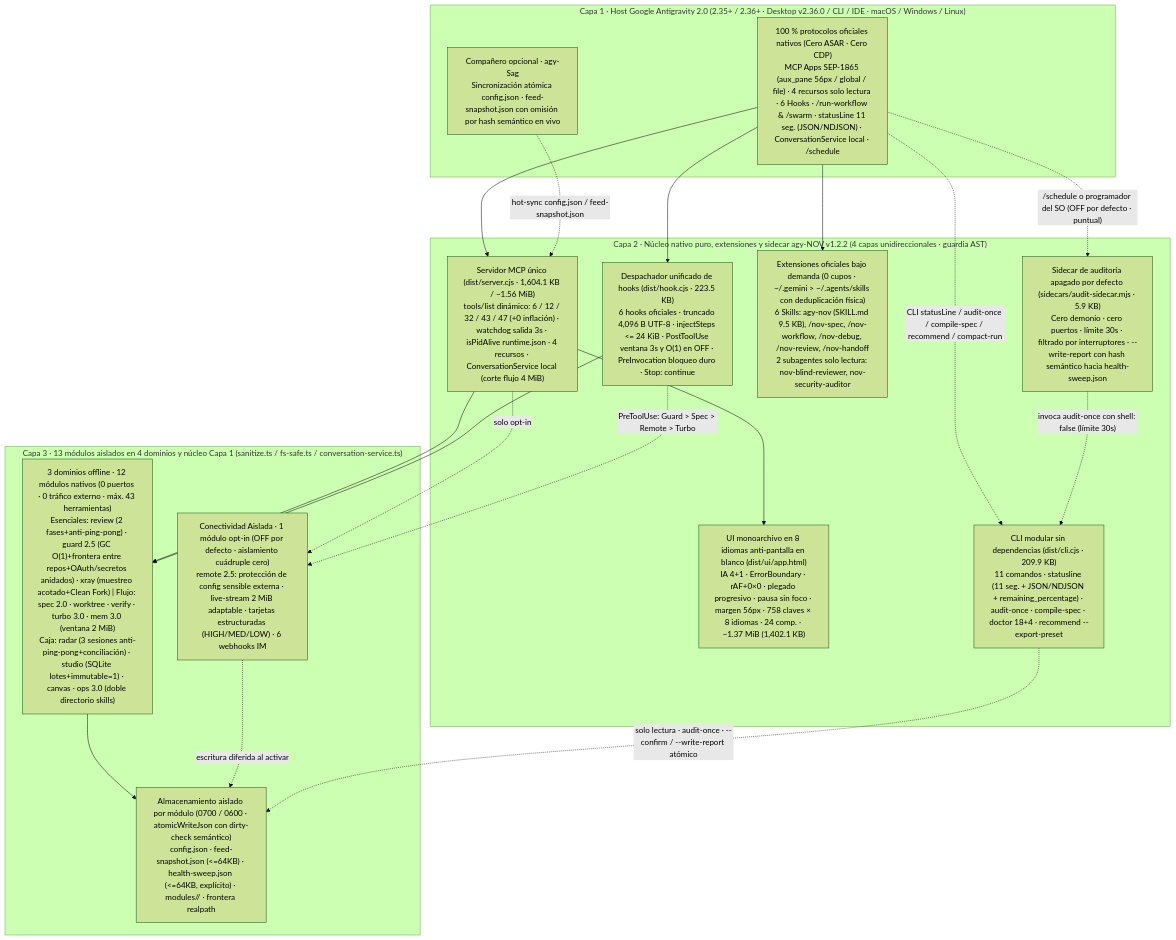
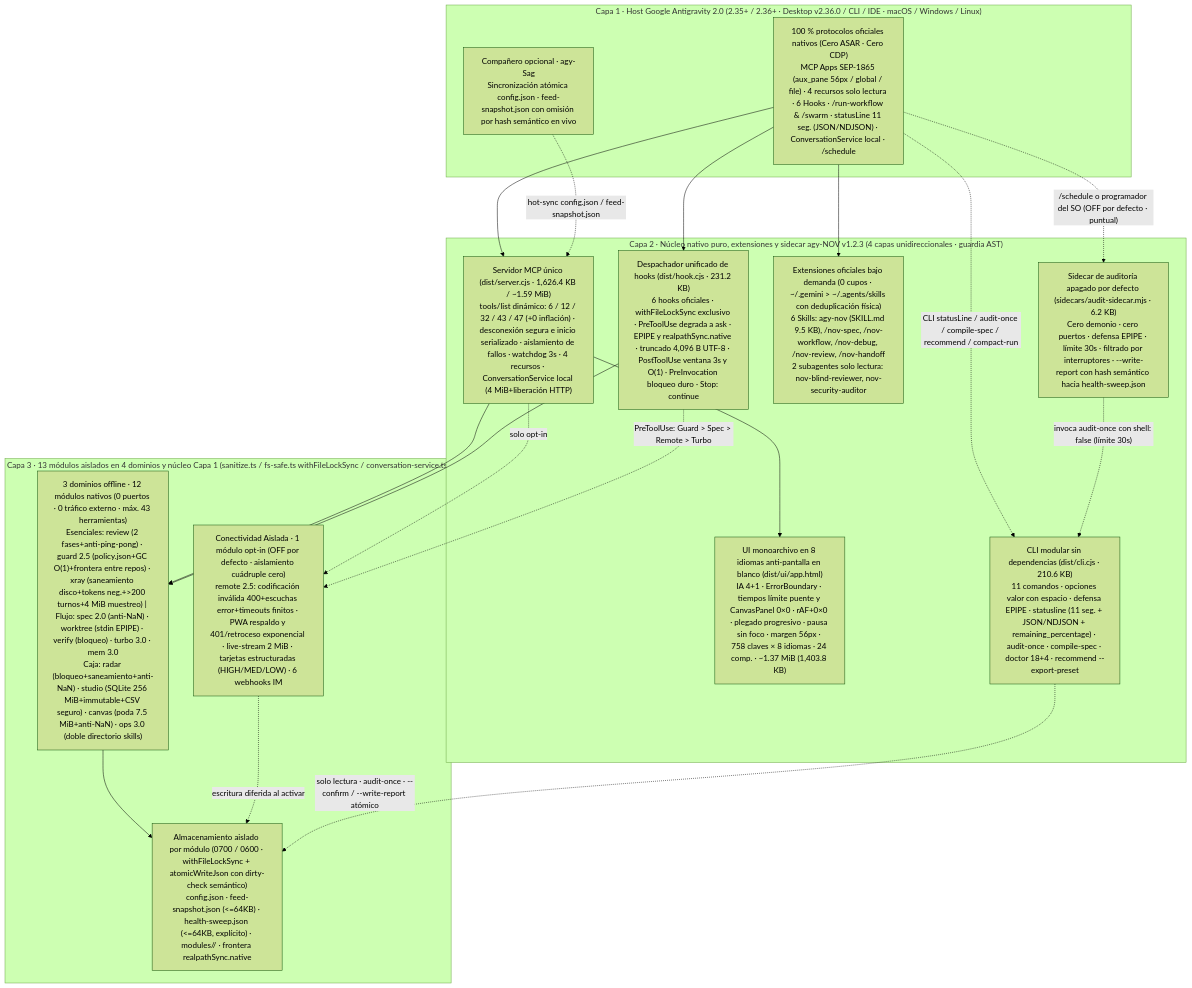
Before and after one commit to tone-leh/agy-NOV: the diagram in docs/i18n/README.es.md, drawn with Mermaid (forest theme). The commit also changed other lines of this file and 56 other files, not shown here.

Commit message:
feat(v1.2.3): cross-process file locks, guard/canvas/remote P0 hardening & xray/studio fixes

````diff
--- a/docs/i18n/README.es.md
+++ b/docs/i18n/README.es.md
@@ -282,38 +292,38 @@
 ```mermaid
 flowchart TB
   subgraph L1["Capa 1 · Host Google Antigravity 2.0 (2.35+ / 2.36+ · Desktop v2.36.0 / CLI / IDE · macOS / Windows / Linux)"]
     Host["100 % protocolos oficiales nativos (Cero ASAR · Cero CDP)\nMCP Apps SEP-1865 (aux_pane 56px / global / file) · 4 recursos solo lectura · 6 Hooks · /run-workflow & /swarm · statusLine 11 seg. (JSON/NDJSON) · ConversationService local · /schedule"]
     Sag["Compañero opcional · agy-Sag\nSincronización atómica config.json · feed-snapshot.json con omisión por hash semántico en vivo"]
   end
 
-  subgraph L2["Capa 2 · Núcleo nativo puro, extensiones y sidecar agy-NOV v1.2.2 (4 capas unidireccionales · guardia AST)"]
-    MCP["Servidor MCP único (dist/server.cjs · 1,604.1 KB / ~1.56 MiB)\ntools/list dinámico: 6 / 12 / 32 / 43 / 47 (+0 inflación) · watchdog salida 3s · isPidAlive runtime.json · 4 recursos · ConversationService local (corte flujo 4 MiB)"]
-    Hook["Despachador unificado de hooks (dist/hook.cjs · 223.5 KB)\n6 hooks oficiales · truncado 4,096 B UTF-8 · injectSteps <= 24 KiB · PostToolUse ventana 3s y O(1) en OFF · PreInvocation bloqueo duro · Stop: continue"]
-    UI["UI monoarchivo en 8 idiomas anti-pantalla en blanco (dist/ui/app.html)\nIA 4+1 · ErrorBoundary · rAF+0×0 · plegado progresivo · pausa sin foco · margen 56px · 758 claves × 8 idiomas · 24 comp. · ~1.37 MiB (1,402.1 KB)"]
+  subgraph L2["Capa 2 · Núcleo nativo puro, extensiones y sidecar agy-NOV v1.2.3 (4 capas unidireccionales · guardia AST)"]
+    MCP["Servidor MCP único (dist/server.cjs · 1,626.4 KB / ~1.59 MiB)\ntools/list dinámico: 6 / 12 / 32 / 43 / 47 (+0 inflación) · desconexión segura e inicio serializado · aislamiento de fallos · watchdog 3s · 4 recursos · ConversationService local (4 MiB+liberación HTTP)"]
+    Hook["Despachador unificado de hooks (dist/hook.cjs · 231.2 KB)\n6 hooks oficiales · withFileLockSync exclusivo · PreToolUse degrada a ask · EPIPE y realpathSync.native · truncado 4,096 B UTF-8 · PostToolUse ventana 3s y O(1) · PreInvocation bloqueo duro · Stop: continue"]
+    UI["UI monoarchivo en 8 idiomas anti-pantalla en blanco (dist/ui/app.html)\nIA 4+1 · ErrorBoundary · tiempos límite puente y CanvasPanel 0×0 · rAF+0×0 · plegado progresivo · pausa sin foco · margen 56px · 758 claves × 8 idiomas · 24 comp. · ~1.37 MiB (1,403.8 KB)"]
     Ext["Extensiones oficiales bajo demanda (0 cupos · ~/.gemini > ~/.agents/skills con deduplicación física)\n6 Skills: agy-nov (SKILL.md 9.5 KB), /nov-spec, /nov-workflow, /nov-debug, /nov-review, /nov-handoff\n2 subagentes solo lectura: nov-blind-reviewer, nov-security-auditor"]
-    CLI["CLI modular sin dependencias (dist/cli.cjs · 209.9 KB)\n11 comandos · statusline (11 seg. + JSON/NDJSON + remaining_percentage) · audit-once · compile-spec · doctor 18+4 · recommend --export-preset"]
-    Sidecar["Sidecar de auditoría apagado por defecto (sidecars/audit-sidecar.mjs · 5.9 KB)\nCero demonio · cero puertos · límite 30s · filtrado por interruptores · --write-report con hash semántico hacia health-sweep.json"]
+    CLI["CLI modular sin dependencias (dist/cli.cjs · 210.6 KB)\n11 comandos · opciones valor con espacio · defensa EPIPE · statusline (11 seg. + JSON/NDJSON + remaining_percentage) · audit-once · compile-spec · doctor 18+4 · recommend --export-preset"]
+    Sidecar["Sidecar de auditoría apagado por defecto (sidecars/audit-sidecar.mjs · 6.2 KB)\nCero demonio · cero puertos · defensa EPIPE · límite 30s · filtrado por interruptores · --write-report con hash semántico hacia health-sweep.json"]
   end
 
-  subgraph L3["Capa 3 · 13 módulos aislados en 4 dominios y núcleo Capa 1 (sanitize.ts / fs-safe.ts / conversation-service.ts)"]
-    T1["3 dominios offline · 12 módulos nativos (0 puertos · 0 tráfico externo · máx. 43 herramientas)\nEsenciales: review (2 fases+anti-ping-pong) · guard 2.5 (GC O(1)+frontera entre repos+OAuth/secretos anidados) · xray (muestreo acotado+Clean Fork) | Flujo: spec 2.0 · worktree · verify · turbo 3.0 · mem 3.0 (ventana 2 MiB)\nCaja: radar (3 sesiones anti-ping-pong+conciliación) · studio (SQLite lotes+immutable=1) · canvas · ops 3.0 (doble directorio skills)"]
-    T2R["Conectividad Aislada · 1 módulo opt-in (OFF por defecto · aislamiento cuádruple cero)\nremote 2.5: protección de config sensible externa · live-stream 2 MiB adaptable · tarjetas estructuradas (HIGH/MED/LOW) · 6 webhooks IM"]
-    Store["Almacenamiento aislado por módulo (0700 / 0600 · atomicWriteJson con dirty-check semántico)\nconfig.json · feed-snapshot.json (<=64KB) · health-sweep.json (<=64KB, explícito) · modules/<id>/ · frontera realpath"]
+  subgraph L3["Capa 3 · 13 módulos aislados en 4 dominios y núcleo Capa 1 (sanitize.ts / fs-safe.ts withFileLockSync / conversation-service.ts)"]
+    T1["3 dominios offline · 12 módulos nativos (0 puertos · 0 tráfico externo · máx. 43 herramientas)\nEsenciales: review (2 fases+anti-ping-pong) · guard 2.5 (policy.json+GC O(1)+frontera entre repos) · xray (saneamiento disco+tokens neg.+>200 turnos+4 MiB muestreo) | Flujo: spec 2.0 (anti-NaN) · worktree (stdin EPIPE) · verify (bloqueo) · turbo 3.0 · mem 3.0\nCaja: radar (bloqueo+saneamiento+anti-NaN) · studio (SQLite 256 MiB+immutable+CSV seguro) · canvas (poda 7.5 MiB+anti-NaN) · ops 3.0 (doble directorio skills)"]
+    T2R["Conectividad Aislada · 1 módulo opt-in (OFF por defecto · aislamiento cuádruple cero)\nremote 2.5: codificación inválida 400+escuchas error+timeouts finitos · PWA respaldo y 401/retroceso exponencial · live-stream 2 MiB · tarjetas estructuradas (HIGH/MED/LOW) · 6 webhooks IM"]
+    Store["Almacenamiento aislado por módulo (0700 / 0600 · withFileLockSync + atomicWriteJson con dirty-check semántico)\nconfig.json · feed-snapshot.json (<=64KB) · health-sweep.json (<=64KB, explícito) · modules/<id>/ · frontera realpathSync.native"]
   end
 
   Host --> MCP
   Host --> Hook
   Host --> Ext
   Host -. "CLI statusLine / audit-once / compile-spec / recommend / compact-run" .-> CLI
   Host -. "/schedule o programador del SO (OFF por defecto · puntual)" .-> Sidecar
   Sidecar -. "invoca audit-once con shell: false (límite 30s)" .-> CLI
   Sag -. "hot-sync config.json / feed-snapshot.json" .-> MCP
   MCP --> UI
   MCP --> T1
   MCP -. "solo opt-in" .-> T2R
   Hook --> T1
   Hook -. "PreToolUse: Guard > Spec > Remote > Turbo" .-> T2R
   T1 --> Store
   T2R -. "escritura diferida al activar" .-> Store
   CLI -. "solo lectura · audit-once · --confirm / --write-report atómico" .-> Store
 ```
````
